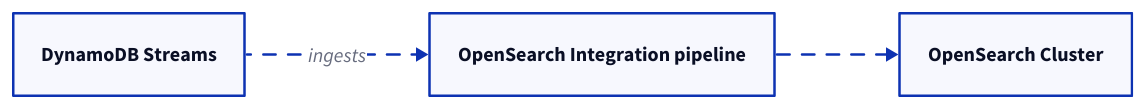
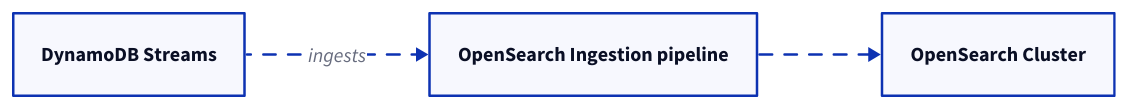
Diagram 13 of 16 in content/practices/booking-system/_index.md (link1905/system-design-101), drawn with D2 before and after one commit. The commit also changed other lines of this file and 42 other files, not shown here.

````diff
--- a/content/practices/booking-system/_index.md
+++ b/content/practices/booking-system/_index.md
@@ -471,18 +475,18 @@
 ```d2
 direction: right
 t: DynamoDB Streams {
   class: aws-dynamodb
 }
-p: OpenSearch Integration pipeline {
+p: OpenSearch Ingestion pipeline {
   class: pipeline
 }
 s: OpenSearch Cluster {
   class: aws-open-search
 }
 p <- t: ingests {
   style.animated: true
 }
 p -> s {
   style.animated: true
 }
 ```
````
